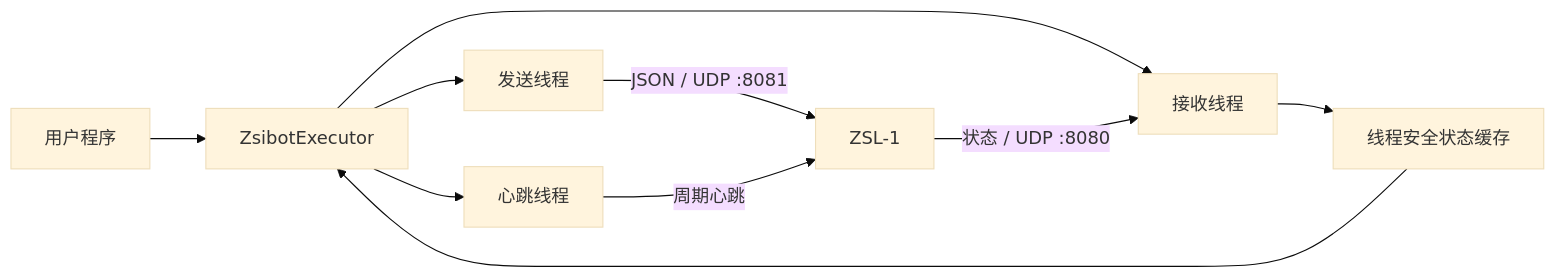
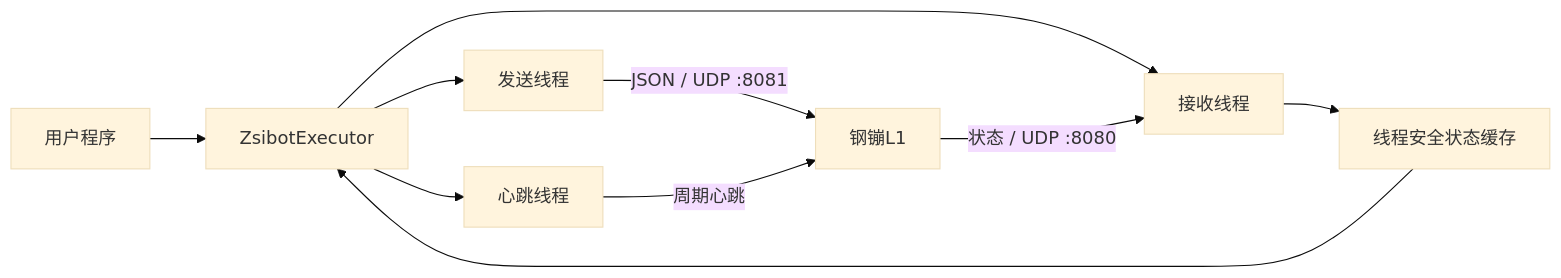
The first of 3 diagrams in l1/md/03-system-architecture.md (zhuanshunjishi/note-test), drawn with Mermaid (base theme) before and after one commit. The commit also changed other lines of this file and 5 other files, not shown here.

````diff
--- a/l1/md/03-system-architecture.md
+++ b/l1/md/03-system-architecture.md
@@ -30,12 +30,12 @@
 ```mermaid
 flowchart LR
     APP["用户程序"] --> API["ZsibotExecutor"]
     API --> TX["发送线程"]
     API --> RX["接收线程"]
     API --> HB["心跳线程"]
-    TX -->|"JSON / UDP :8081"| ROBOT["ZSL-1"]
+    TX -->|"JSON / UDP :8081"| ROBOT["钢镚L1"]
     HB -->|"周期心跳"| ROBOT
     ROBOT -->|"状态 / UDP :8080"| RX
     RX --> CACHE["线程安全状态缓存"]
     CACHE --> API
 ```
````
